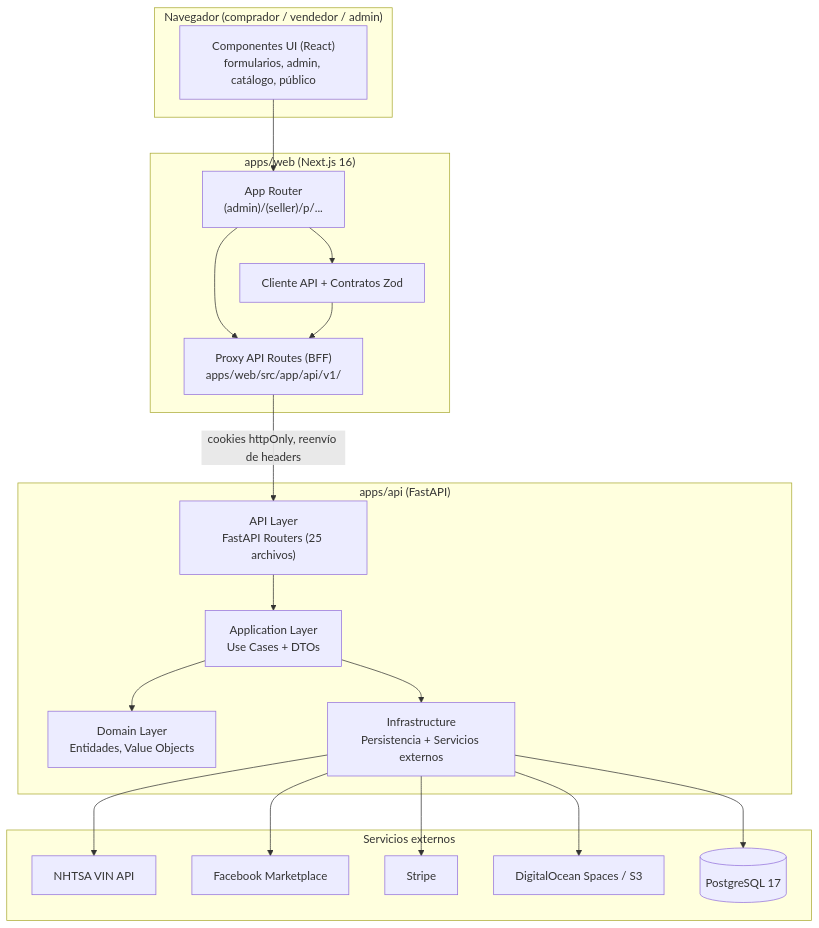
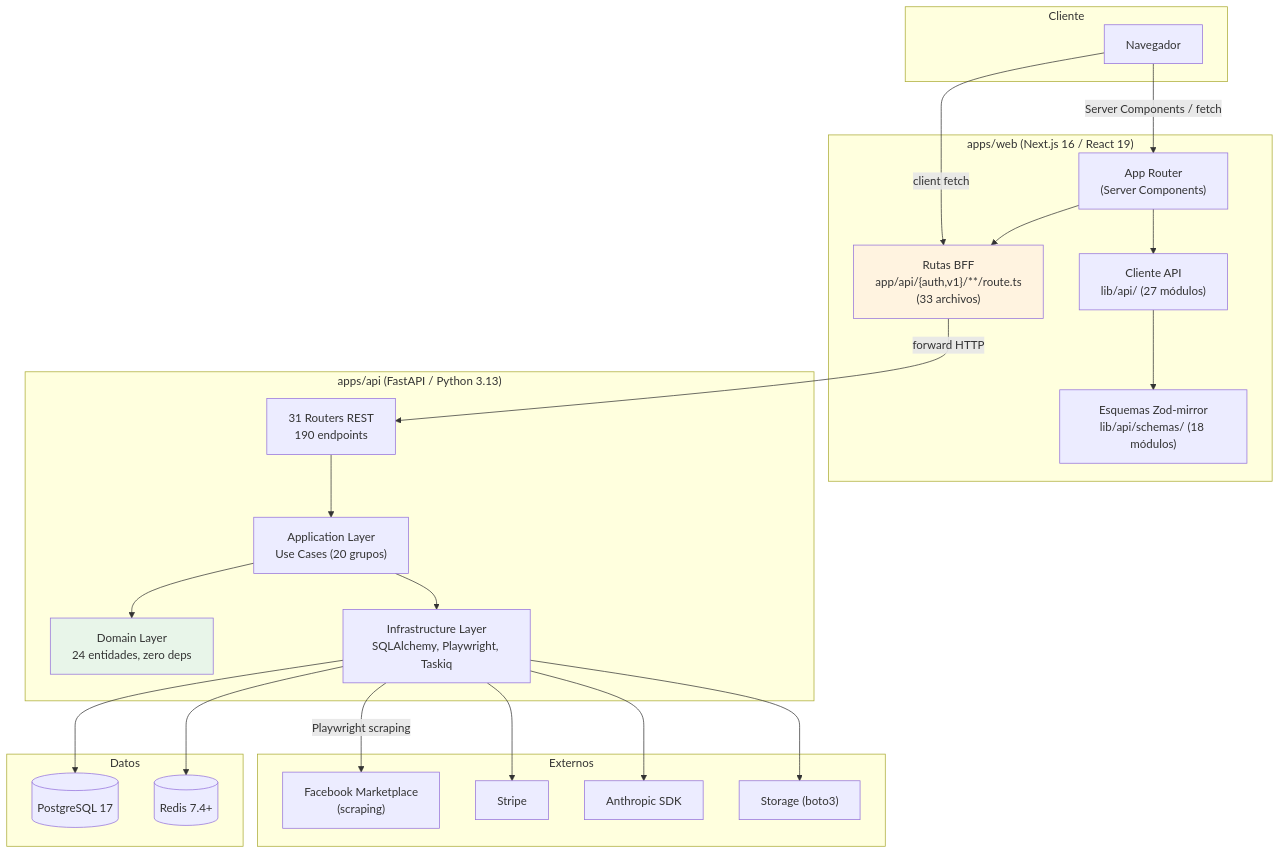
Before and after one commit to rap77/prosell-sass: the first of 3 diagrams in aidlc/spaces/default/codekb/prosell-sass/architecture.md, drawn with Mermaid. The commit also changed other lines of this file and 31 other files, not shown here.

````diff
--- a/aidlc/spaces/default/codekb/prosell-sass/architecture.md
+++ b/aidlc/spaces/default/codekb/prosell-sass/architecture.md
@@ -18,41 +19,51 @@
 ```mermaid
-flowchart TB
-    subgraph Browser["Navegador (comprador / vendedor / admin)"]
-        UI["Componentes UI (React)\nformularios, admin, catálogo, público"]
+graph TB
+    subgraph Cliente
+        Browser["Navegador"]
     end
 
-    subgraph Web["apps/web (Next.js 16)"]
-        AppRouter["App Router\n(admin)/(seller)/p/..."]
-        BFF["Proxy API Routes (BFF)\napps/web/src/app/api/v1/"]
-        ApiClient["Cliente API + Contratos Zod"]
+    subgraph "apps/web (Next.js 16 / React 19)"
+        AppRouter["App Router<br/>(Server Components)"]
+        BFF["Rutas BFF<br/>app/api/{auth,v1}/**/route.ts<br/>(33 archivos)"]
+        Client["Cliente API<br/>lib/api/ (27 módulos)"]
+        Zod["Esquemas Zod-mirror<br/>lib/api/schemas/ (18 módulos)"]
     end
 
-    subgraph Api["apps/api (FastAPI)"]
-        Routers["API Layer\nFastAPI Routers (25 archivos)"]
-        UseCases["Application Layer\nUse Cases + DTOs"]
-        Domain["Domain Layer\nEntidades, Value Objects"]
-        Infra["Infrastructure\nPersistencia + Servicios externos"]
+    subgraph "apps/api (FastAPI / Python 3.13)"
+        Routers["31 Routers REST<br/>190 endpoints"]
+        App["Application Layer<br/>Use Cases (20 grupos)"]
+        Domain["Domain Layer<br/>24 entidades, zero deps"]
+        Infra["Infrastructure Layer<br/>SQLAlchemy, Playwright, Taskiq"]
     end
 
-    subgraph External["Servicios externos"]
-        NHTSA["NHTSA VIN API"]
-        FB["Facebook Marketplace"]
-        Stripe["Stripe"]
-        Spaces["DigitalOcean Spaces / S3"]
+    subgraph Datos
         PG[("PostgreSQL 17")]
+        Redis[("Redis 7.4+")]
     end
 
-    UI --> AppRouter
+    subgraph Externos
+        FBM["Facebook Marketplace<br/>(scraping)"]
+        Stripe["Stripe"]
+        Anthropic["Anthropic SDK"]
+        S3["Storage (boto3)"]
+    end
+
+    Browser -->|"Server Components / fetch"| AppRouter
     AppRouter --> BFF
-    AppRouter --> ApiClient
-    BFF -->|cookies httpOnly, reenvío de headers| Routers
-    ApiClient --> BFF
-    Routers --> UseCases
-    UseCases --> Domain
-    UseCases --> Infra
+    Browser -->|"client fetch"| BFF
+    BFF -->|"forward HTTP"| Routers
+    Client --> Zod
+    AppRouter --> Client
+    Routers --> App
+    App --> Domain
+    App --> Infra
     Infra --> PG
-    Infra --> NHTSA
-    Infra --> FB
+    Infra --> Redis
+    Infra -->|"Playwright scraping"| FBM
     Infra --> Stripe
-    Infra --> Spaces
+    Infra --> Anthropic
+    Infra --> S3
+
+    style Domain fill:#e8f5e9
+    style BFF fill:#fff3e0
 ```
````
